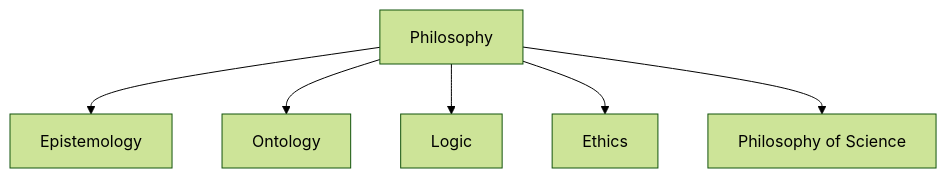
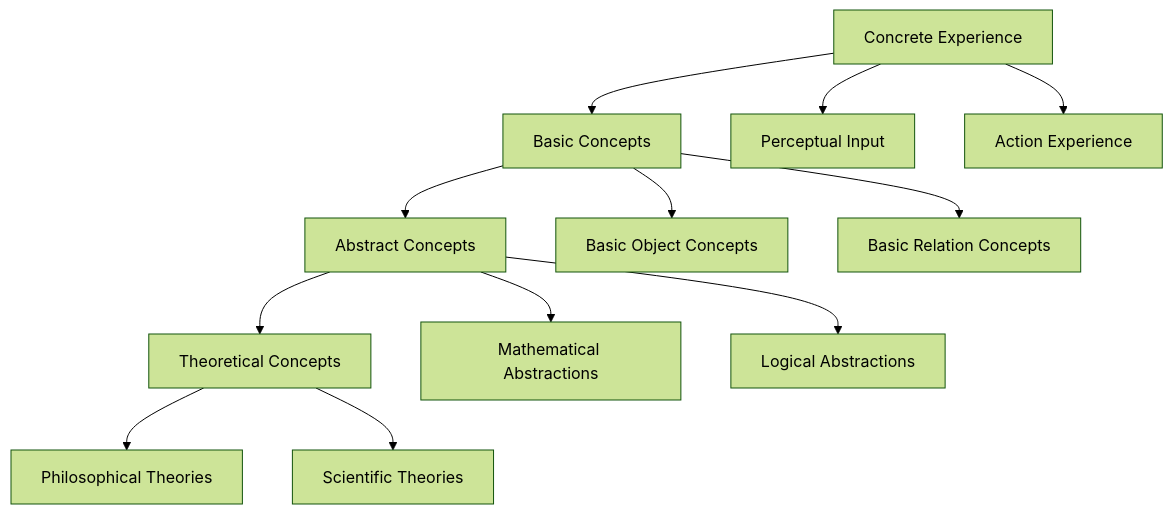
Before and after one commit to AdaMartin18010/Lean: the second of 2 diagrams in analysis/3-philosophy-and-scientific-principles/3.1-philosophy-content-panoramic-analysis.md, drawn with Mermaid (forest theme). The commit also changed other lines of this file and 12 other files, not shown here.

````diff
--- a/analysis/3-philosophy-and-scientific-principles/3.1-philosophy-content-panoramic-analysis.md
+++ b/analysis/3-philosophy-and-scientific-principles/3.1-philosophy-content-panoramic-analysis.md
@@ -299,8 +545,18 @@
 ```mermaid
 graph TD
-  A[Philosophy] --> B[Epistemology]
-  A --> C[Ontology]
-  A --> D[Logic]
-  A --> E[Ethics]
-  A --> F[Philosophy of Science]
+    A[Concrete Experience] --> B[Basic Concepts]
+    B --> C[Abstract Concepts]
+    C --> D[Theoretical Concepts]
+    
+    A --> A1[Perceptual Input]
+    A --> A2[Action Experience]
+    
+    B --> B1[Basic Object Concepts]
+    B --> B2[Basic Relation Concepts]
+    
+    C --> C1[Mathematical Abstractions]
+    C --> C2[Logical Abstractions]
+    
+    D --> D1[Philosophical Theories]
+    D --> D2[Scientific Theories]
 ```
````
